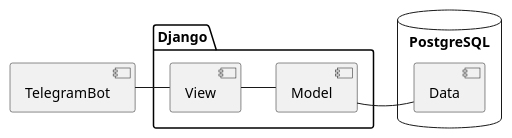
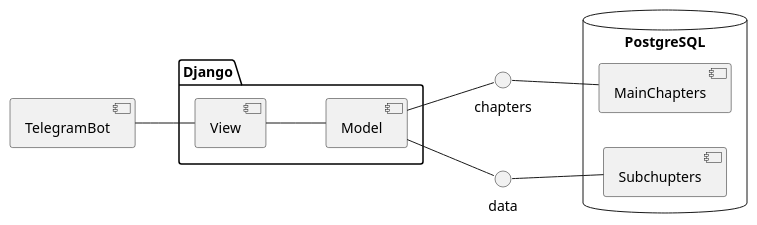
One commit to GodEmperor40000/telegram_bot changed the diagram in src/docs/component.wsd. Above: the diagram before and after it, drawn with PlantUML. The commit also changed 2 other files, not shown here.

Commit message:
some diagram fixes

```diff
--- a/src/docs/component.wsd
+++ b/src/docs/component.wsd
@@ -1,21 +1,28 @@
 @startuml Телеграмм бот
 
 component TelegramBot as Tb
+
+left to right direction
 
 package "Django"{
     component Model as model
     component View as view
 }
  
 
 database "PostgreSQL"{
-    component Data as data
+    'component Data as data
+    component MainChapters as MC
+    component Subchupters as SC
 }
 
 
 
-Tb - view
-view - model
-model - data
+Tb -down- view
+view -down- model
+model -down- chapters
+chapters -down- MC
+model -down- data
+data -down- SC
 
 @enduml
```
